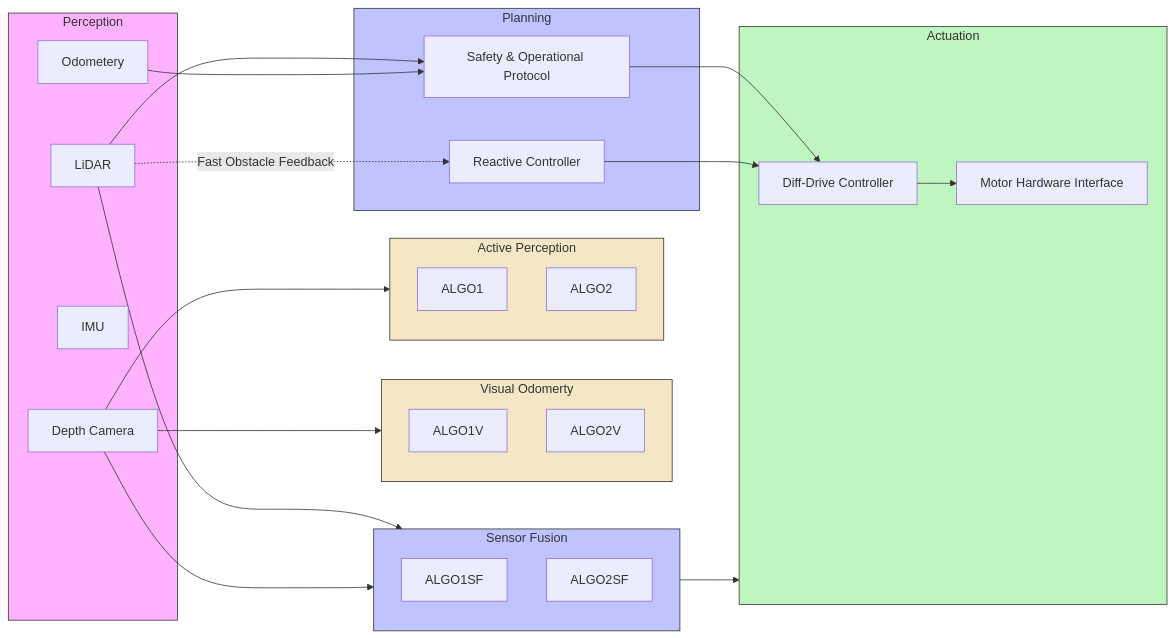
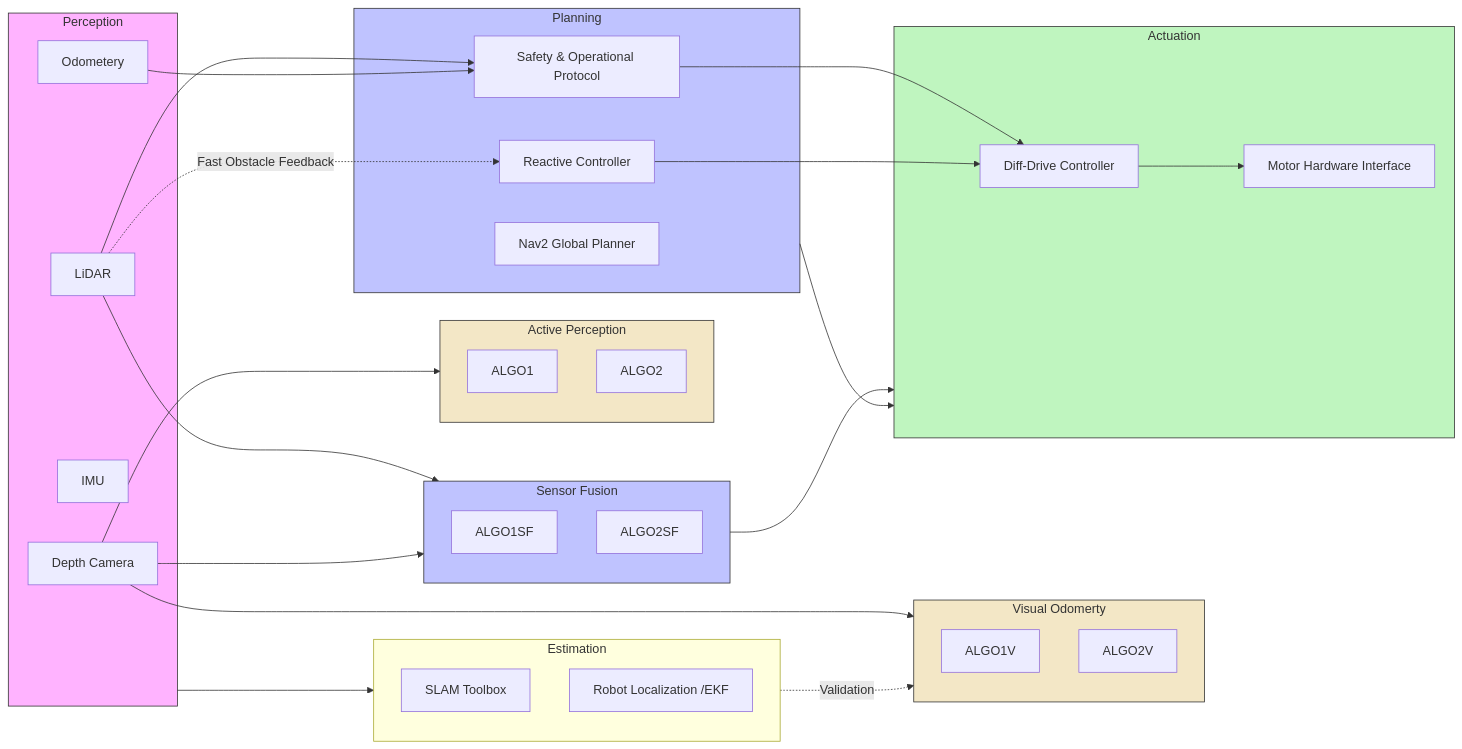
One commit to SeasonedLeo/RAS_Mobile_Robotics_Vision changed the diagram in project/report1.md. Above: the diagram before and after it, drawn with Mermaid.

Commit message:
Updated Mermaid Graph

````diff
--- a/project/report1.md
+++ b/project/report1.md
@@ -90,64 +90,75 @@
 ```mermaid
 flowchart LR
   %% 3.1 Data Flow Diagram (Perception → Estimation → Planning → Actuation)
 
   subgraph P[Perception]
     SENS1[LiDAR]
     SENS3[Odometery]
     SENS4[IMU]
     SENS2[Depth Camera]
 
 
   end
 
 
 
  subgraph VO[Visual Odomerty]
     ALGO1V[ALGO1V]
     ALGO2V[ALGO2V]
   end
 
 
   subgraph AP[Active Perception]
     ALGO1[ALGO1]
     ALGO2[ALGO2]
   end
 
   subgraph SF[Sensor Fusion]
     ALGO1SF[ALGO1SF]
     ALGO2SF[ALGO2SF]
   end
 
+   subgraph EST[Estimation]
+    SLAM[SLAM Toolbox]
+    EKF[Robot Localization /EKF]
+  end
+
  
 
   subgraph PL[Planning]
+    NAV2[Nav2 Global Planner]
     RC[Reactive Controller]
     SFT[Safety & Operational Protocol]
   end
 
   subgraph A[Actuation]
     DDC[Diff-Drive Controller]
     MHI[Motor Hardware Interface]
   end
 
   %% Main pipeline
   SENS1 --> SF
   SENS2-->AP
   SENS2 --> VO 
   SENS2 --> SF -->A
   SENS1 --> SFT--> DDC
   SENS3 -->SFT
+  P -->EST
+  PL -->A
 
   RC --> DDC --> MHI
 
   %% Fast obstacle feedback
   SENS1 -. "Fast Obstacle Feedback" .-> RC
+  EST -. "Validation" .-> VO
+ 
+
 
   %% Node colors (fill, border, border width)
   style P fill:#ffb3ff,stroke:#333,stroke-width:1px
   style VO fill:#f3e7c6,stroke:#333,stroke-width:1px
   style AP  fill:#f3e7c6,stroke:#333,stroke-width:1px
   style SF   fill:#bfc3ff,stroke:#333,stroke-width:1px
   style PL   fill:#bfc3ff,stroke:#333,stroke-width:1px
   style A  fill:#bff5bf,stroke:#333,stroke-width:1px
 ``` 
````
